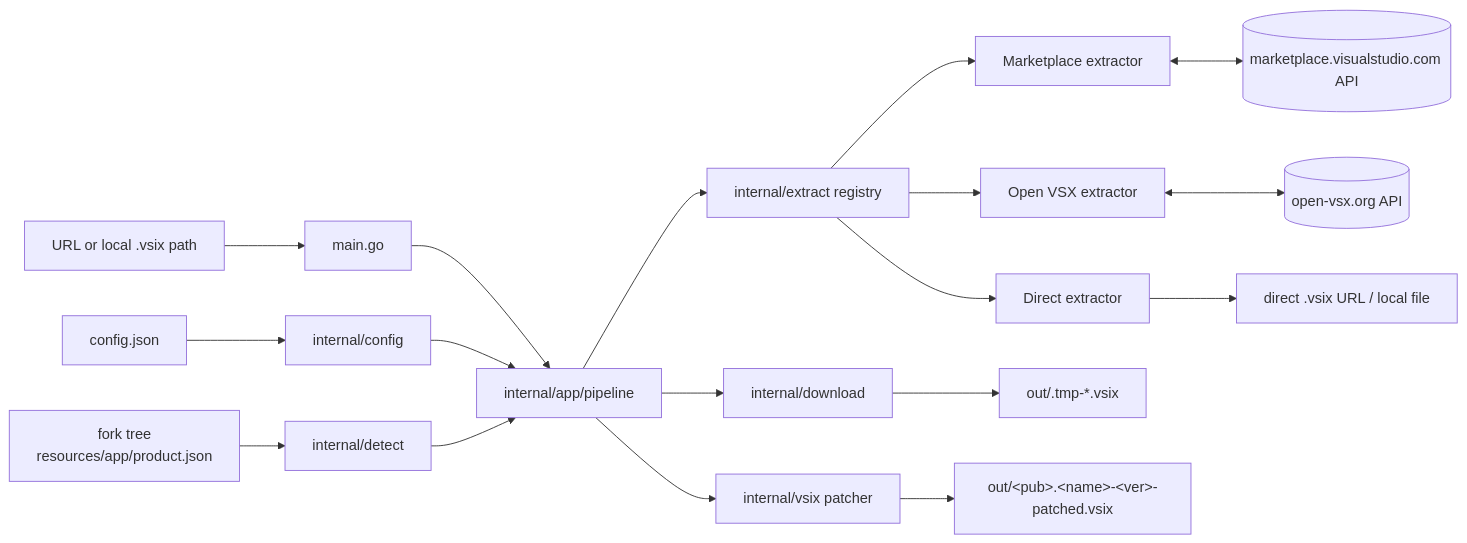
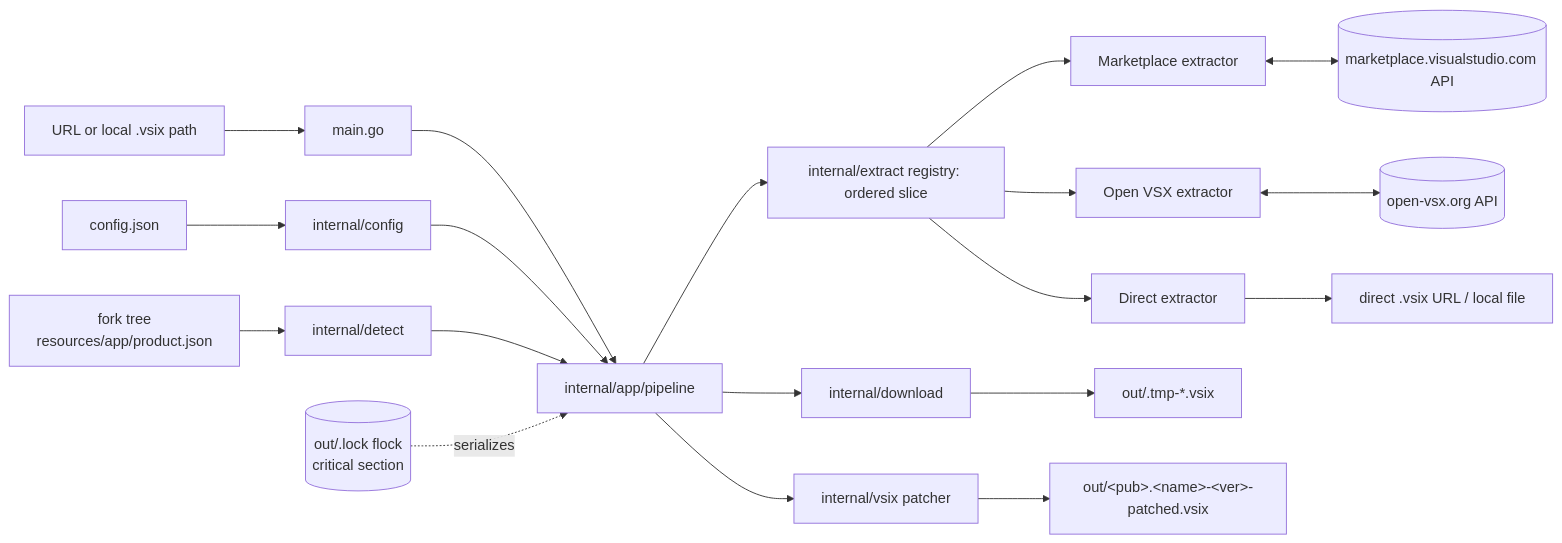
The first of 2 diagrams in ARCHITECTURE_PLAN_zen-vsix.md (PrivateArena/zen-vsix), drawn with Mermaid before and after one commit. The commit also changed other lines of this file, not shown here.

Commit message:
docs: update architecture plan with concurrency locking, CLI flags, and enhanced extraction registry details

````diff
--- a/ARCHITECTURE_PLAN_zen-vsix.md
+++ b/ARCHITECTURE_PLAN_zen-vsix.md
@@ -28,20 +13,21 @@
 ```mermaid
 flowchart LR
     U[URL or local .vsix path] --> M[main.go]
     C[config.json] --> CFG[internal/config]
     F[fork tree<br/>resources/app/product.json] --> DET[internal/detect]
     M --> P[internal/app/pipeline]
     CFG --> P
     DET --> P
-    P --> REG[internal/extract registry]
+    P --> REG[internal/extract registry: ordered slice]
     REG --> MS[Marketplace extractor]
     REG --> OV[Open VSX extractor]
     REG --> DR[Direct extractor]
     MS <--> MSAPI[(marketplace.visualstudio.com API)]
     OV <--> OVAPI[(open-vsx.org API)]
     DR --> F2[direct .vsix URL / local file]
     P --> DL[internal/download]
     DL --> TMP[out/.tmp-*.vsix]
     P --> VSIX[internal/vsix patcher]
     VSIX --> OUT[out/&lt;pub&gt;.&lt;name&gt;-&lt;ver&gt;-patched.vsix]
+    LOCK[(out/.lock flock\ncritical section)] -.serializes.-> P
 ```
````
